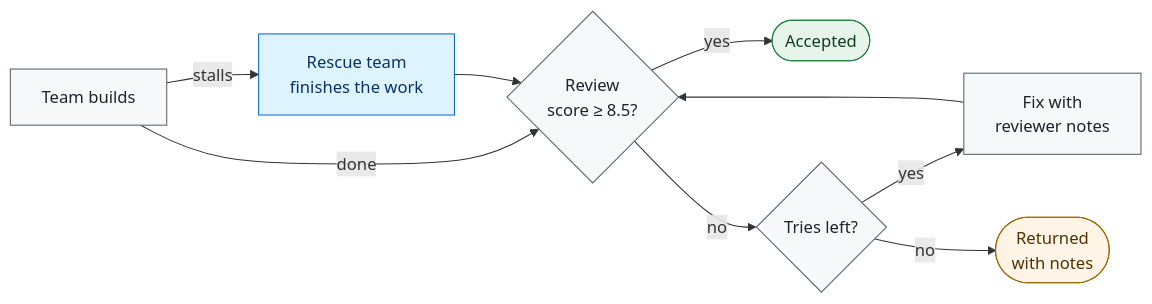
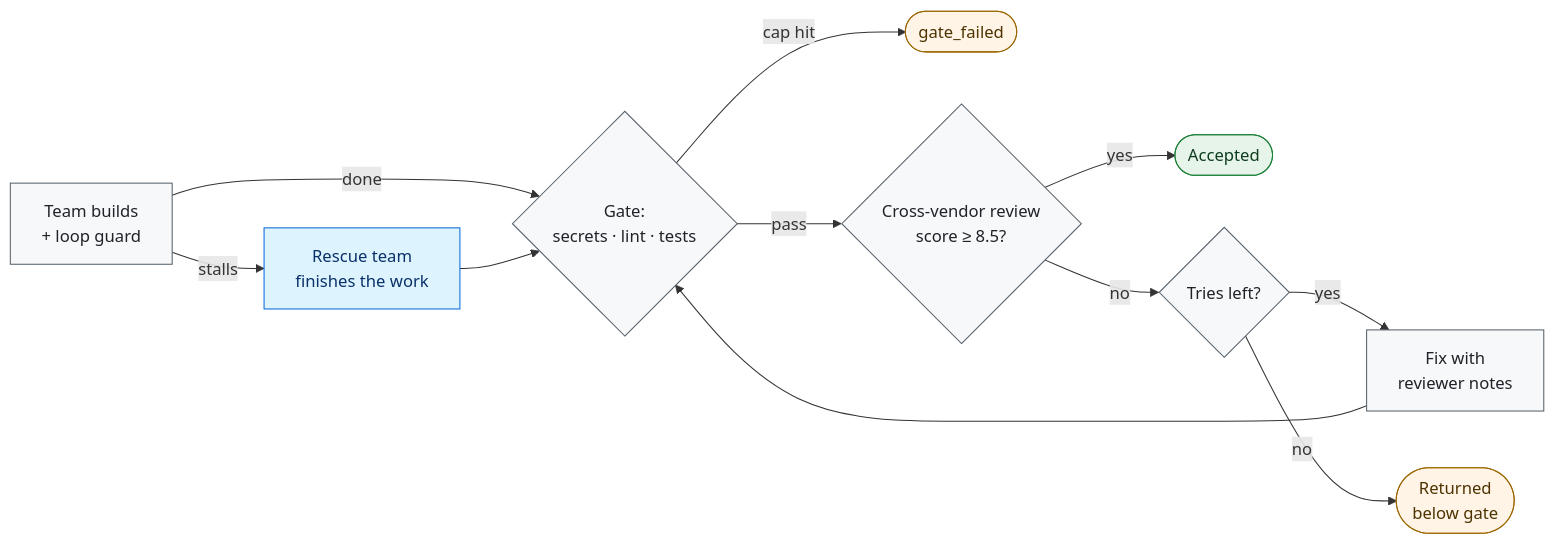
The second of 2 diagrams in README.md (StanyMwamba/crewforeman-mcp), drawn with Mermaid before and after one commit. The commit also changed other lines of this file, not shown here.

Commit message:
Update README: add 3.14.1 diagrams and architecture notes

````diff
--- a/README.md
+++ b/README.md
@@ -32,20 +32,16 @@
 ```mermaid
 flowchart LR
-    A[Team builds] -- done --> R{Review<br/>score ≥ 8.5?}
-    A -- stalls --> X[Rescue team<br/>finishes the work]
-    X --> R
+    A[Team builds<br/>+ loop guard] -- done --> G{Gate:<br/>secrets · lint · tests}
+    A -- stalls --> X[Rescue team<br/>finishes the work] --> G
+    G -- cap hit --> GF([gate_failed])
+    G -- pass --> R{Cross-vendor review<br/>score ≥ 8.5?}
     R -- yes --> OK([Accepted])
     R -- no --> T{Tries left?}
-    T -- yes --> F[Fix with<br/>reviewer notes]
-    F --> R
-    T -- no --> N([Returned<br/>with notes])
-
+    T -- yes --> F[Fix with<br/>reviewer notes] --> G
+    T -- no --> N([Returned<br/>below gate])
     classDef good fill:#e6f4ea,stroke:#1a7f37,color:#0f3d1e;
     classDef warn fill:#fff4e5,stroke:#9a6700,color:#4d3300;
     classDef step fill:#f6f8fa,stroke:#57606a,color:#1f2328;
     classDef rescue fill:#ddf4ff,stroke:#0969da,color:#0a3069;
-    class OK good;
-    class N warn;
-    class A,R,T,F step;
-    class X rescue;
+    class OK good; class N,GF warn; class A,G,R,T,F step; class X rescue;
 ```
````
